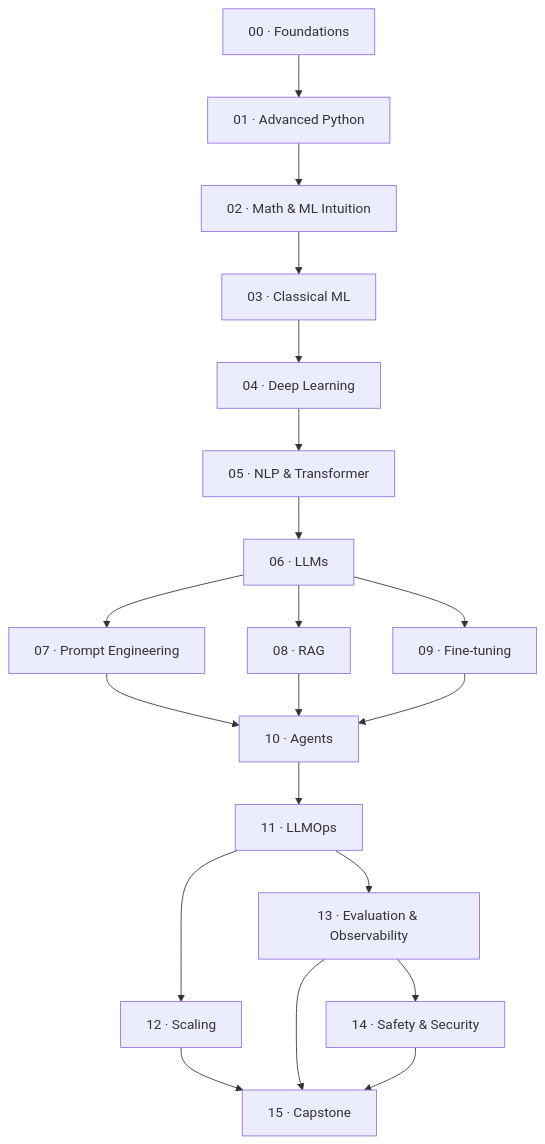
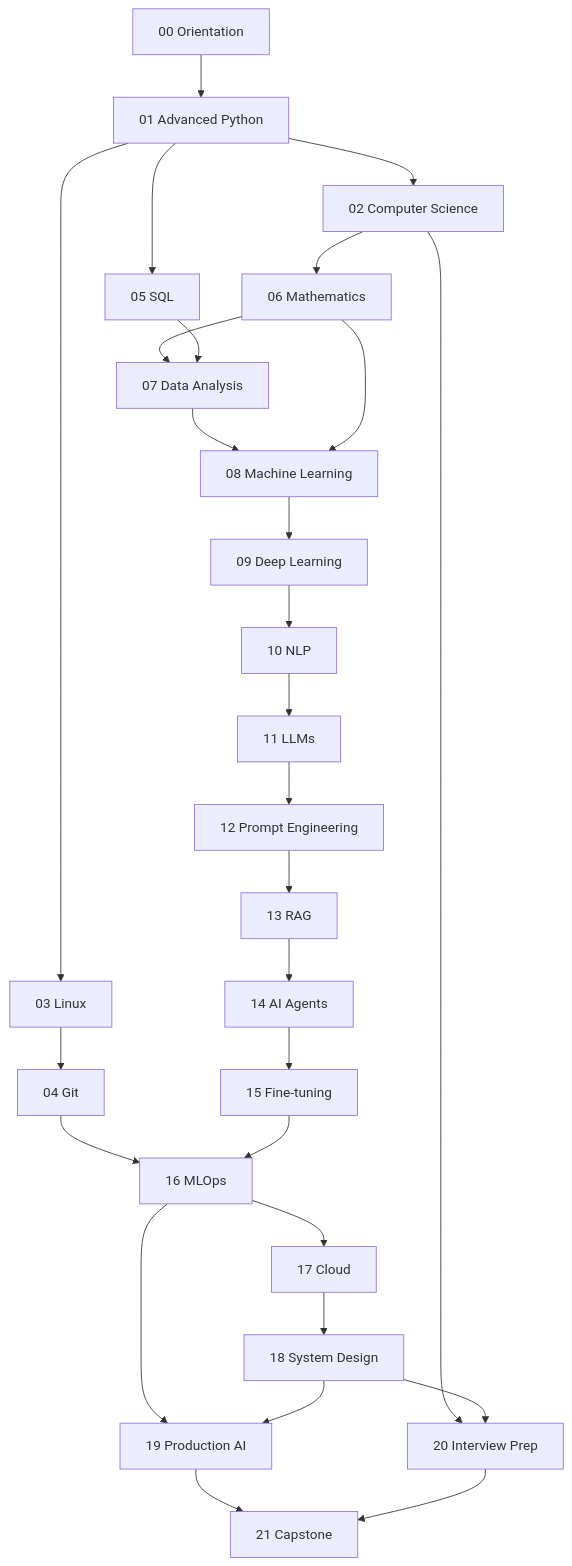
One commit to aadarshreddydepa/AI_Engineer_Handbook changed the diagram in ROADMAP.md. Above: the diagram before and after it, drawn with Mermaid. The commit also changed other lines of this file and 249 other files, not shown here.

````diff
--- a/ROADMAP.md
+++ b/ROADMAP.md
@@ -26,22 +24,30 @@
 ```mermaid
 graph TD
-    M0[00 · Foundations] --> M1[01 · Advanced Python]
-    M1 --> M2[02 · Math & ML Intuition]
-    M2 --> M3[03 · Classical ML]
-    M3 --> M4[04 · Deep Learning]
-    M4 --> M5[05 · NLP & Transformer]
-    M5 --> M6[06 · LLMs]
-    M6 --> M7[07 · Prompt Engineering]
-    M6 --> M8[08 · RAG]
-    M6 --> M9[09 · Fine-tuning]
-    M7 --> M10[10 · Agents]
-    M8 --> M10
-    M9 --> M10
-    M10 --> M11[11 · LLMOps]
-    M11 --> M12[12 · Scaling]
-    M11 --> M13[13 · Evaluation & Observability]
-    M13 --> M14[14 · Safety & Security]
-    M12 --> M15[15 · Capstone]
-    M13 --> M15
-    M14 --> M15
+    M0[00 Orientation] --> M1[01 Advanced Python]
+    M1 --> M2[02 Computer Science]
+    M1 --> M3[03 Linux]
+    M3 --> M4[04 Git]
+    M1 --> M5[05 SQL]
+    M2 --> M6[06 Mathematics]
+    M6 --> M7[07 Data Analysis]
+    M5 --> M7
+    M7 --> M8[08 Machine Learning]
+    M6 --> M8
+    M8 --> M9[09 Deep Learning]
+    M9 --> M10[10 NLP]
+    M10 --> M11[11 LLMs]
+    M11 --> M12[12 Prompt Engineering]
+    M12 --> M13[13 RAG]
+    M13 --> M14[14 AI Agents]
+    M14 --> M15[15 Fine-tuning]
+    M4 --> M16[16 MLOps]
+    M15 --> M16
+    M16 --> M17[17 Cloud]
+    M17 --> M18[18 System Design]
+    M16 --> M19[19 Production AI]
+    M18 --> M19
+    M2 --> M20[20 Interview Prep]
+    M18 --> M20
+    M19 --> M21[21 Capstone]
+    M20 --> M21
 ```
````
